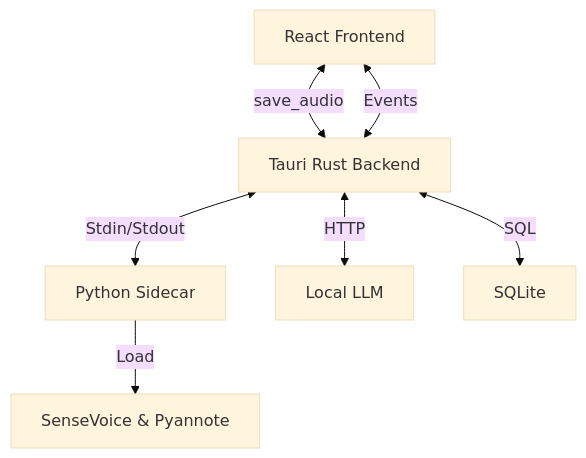
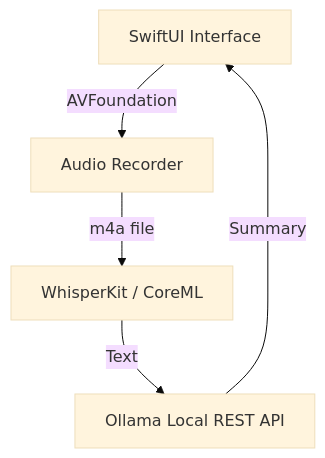
One commit to alexanderflisiak/LocalScribe changed the diagram in README.md. Above: the diagram before and after it, drawn with Mermaid (base theme). The commit also changed other lines of this file and 103 other files, not shown here.

````diff
--- a/README.md
+++ b/README.md
@@ -78,9 +59,7 @@
 ```mermaid
 graph TD
-    UI[React Frontend] <-->|save_audio| Rust[Tauri Rust Backend]
-    Rust <-->|Events| UI
-    Rust <-->|Stdin/Stdout| Py[Python Sidecar]
-    Py -->|Load| Models[SenseVoice & Pyannote]
-    Rust <-->|HTTP| Ollama[Local LLM]
-    Rust <-->|SQL| DB[SQLite]
+    UI[SwiftUI Interface] -->|AVFoundation| Audio[Audio Recorder]
+    Audio -->|m4a file| WK[WhisperKit / CoreML]
+    WK -->|Text| LLM[Ollama Local REST API]
+    LLM -->|Summary| UI
 ```
````
